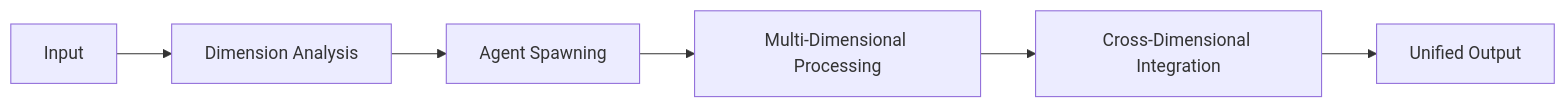
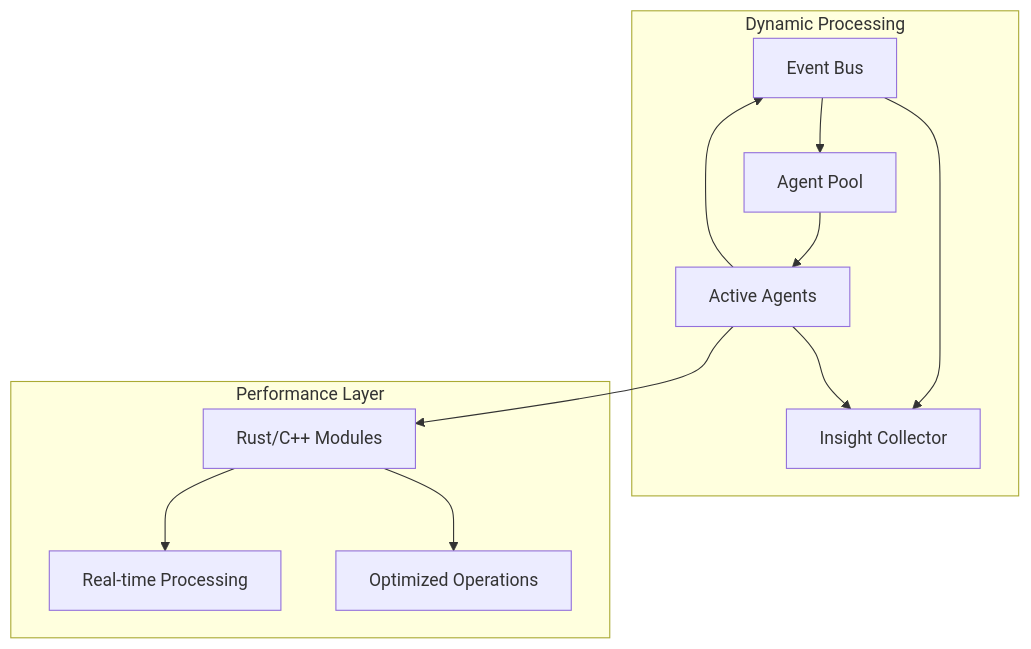
One commit to Novakiki/multi-aget-composer changed the diagram in cognitive-agents/docs/technical/ARCHITECTURE.md. Above: the diagram before and after it, drawn with Mermaid. The commit also changed other lines of this file and 12 other files, not shown here.

First line of the commit message:
feat(core): implement event-driven foundation with hybrid architecture

````diff
--- a/cognitive-agents/docs/technical/ARCHITECTURE.md
+++ b/cognitive-agents/docs/technical/ARCHITECTURE.md
@@ -96,8 +6,21 @@
 ```mermaid
-graph LR
-    A[Input] --> B[Dimension Analysis]
-    B --> C[Agent Spawning]
-    C --> D[Multi-Dimensional Processing]
-    D --> E[Cross-Dimensional Integration]
-    E --> F[Unified Output]
+graph TD
+    A[Event Bus] --> B[Agent Pool]
+    A --> C[Insight Collector]
+    
+    subgraph "Dynamic Processing"
+        B --> D[Active Agents]
+        D --> A
+        D --> C
+    end
+    
+    subgraph "Performance Layer"
+        P[Rust/C++ Modules]
+        R[Real-time Processing]
+        O[Optimized Operations]
+        
+        D --> P
+        P --> R
+        P --> O
+    end
 ```
````
